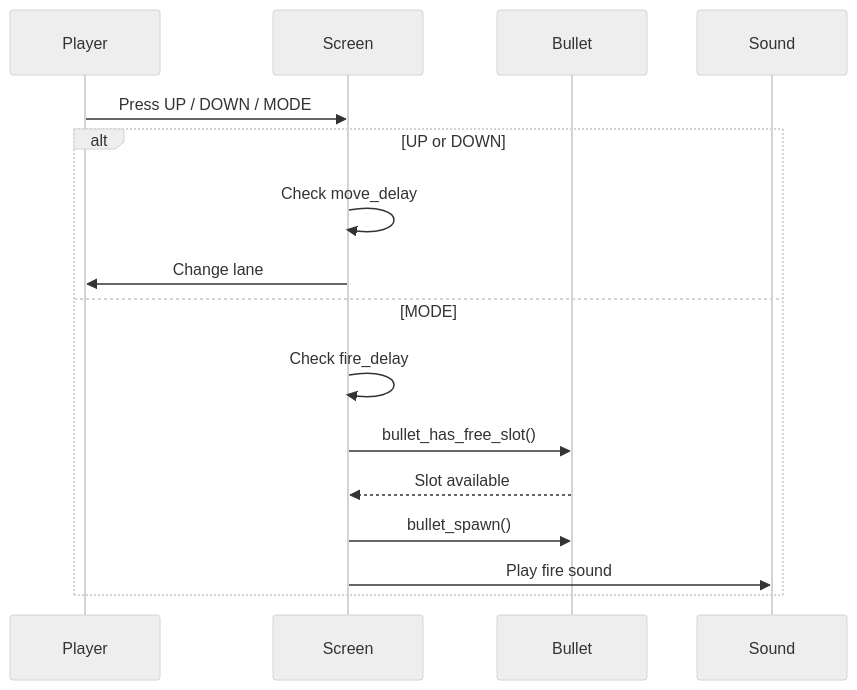
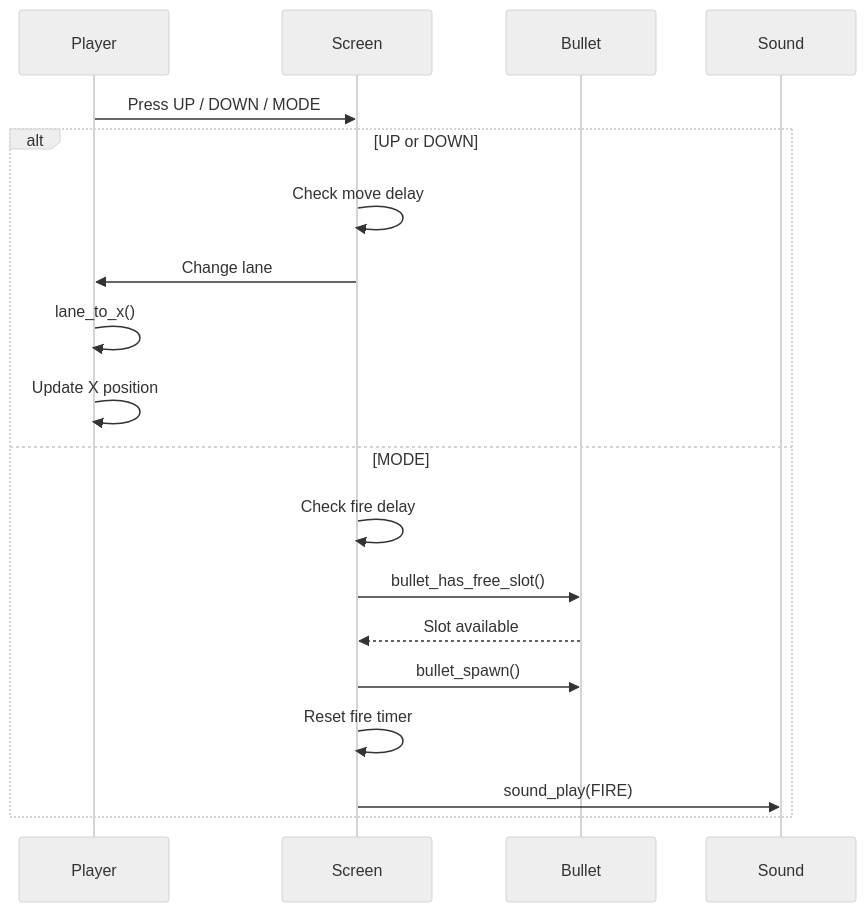
One commit to phihungnguyen1402-byte/Monster-Shooter_Game changed the fourth of 9 diagrams in application/docs/03-software-architecture.md. Above: the diagram before and after it, drawn with Mermaid (neutral theme). The commit also changed other lines of this file, not shown here.

````diff
--- a/application/docs/03-software-architecture.md
+++ b/application/docs/03-software-architecture.md
@@ -129,30 +136,36 @@
 ```mermaid
 sequenceDiagram
 
 participant Player
 participant Screen
 participant Bullet
 participant Sound
 
 Player->>Screen: Press UP / DOWN / MODE
 
 alt UP or DOWN
 
-    Screen->>Screen: Check move_delay
+Screen->>Screen: Check move delay
 
-    Screen->>Player: Change lane
+Screen->>Player: Change lane
+
+Player->>Player: lane_to_x()
+
+Player->>Player: Update X position
 
 else MODE
 
-    Screen->>Screen: Check fire_delay
+Screen->>Screen: Check fire delay
 
-    Screen->>Bullet: bullet_has_free_slot()
+Screen->>Bullet: bullet_has_free_slot()
 
-    Bullet-->>Screen: Slot available
+Bullet-->>Screen: Slot available
 
-    Screen->>Bullet: bullet_spawn()
+Screen->>Bullet: bullet_spawn()
 
-    Screen->>Sound: Play fire sound
+Screen->>Screen: Reset fire timer
+
+Screen->>Sound: sound_play(FIRE)
 
 end
 ```
````
